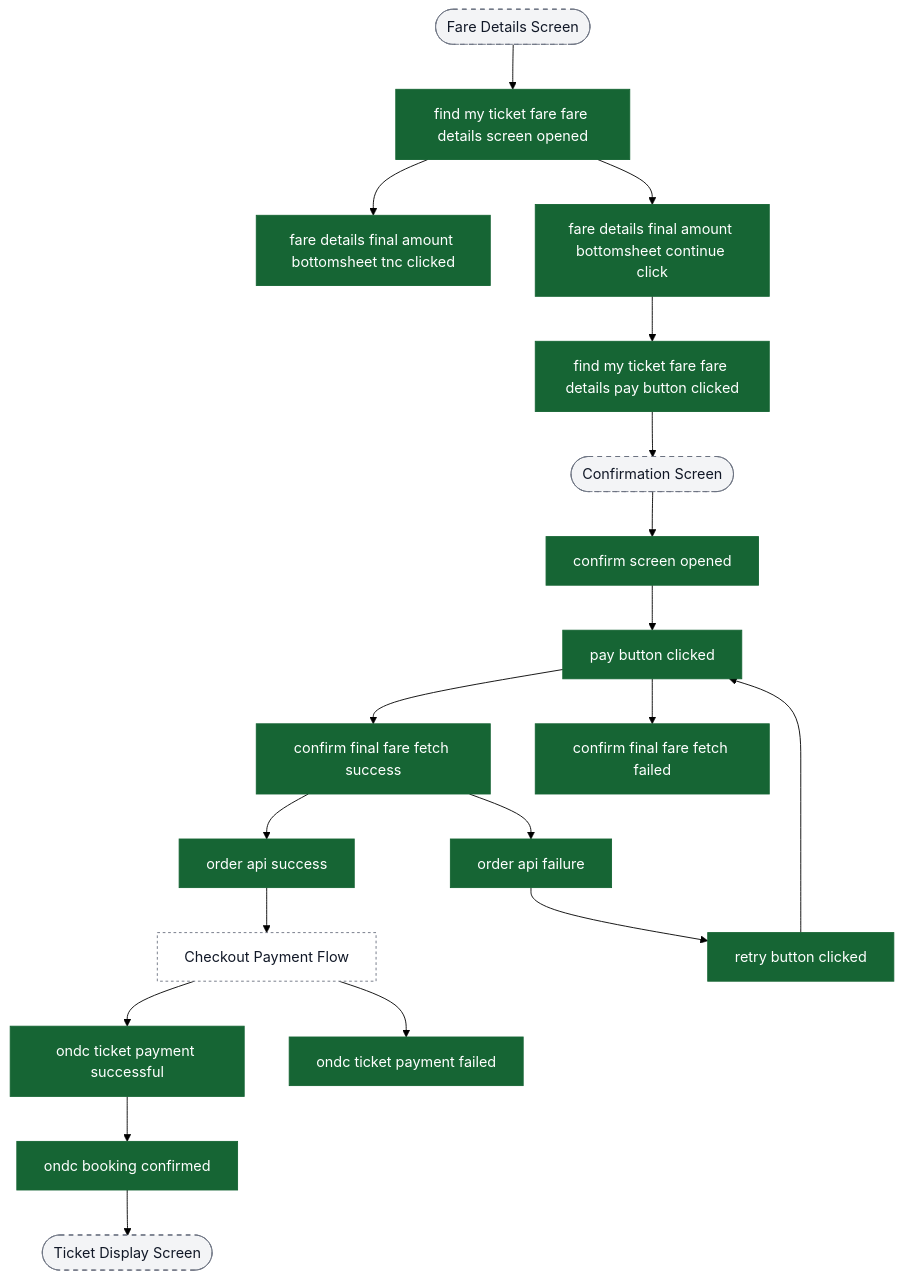
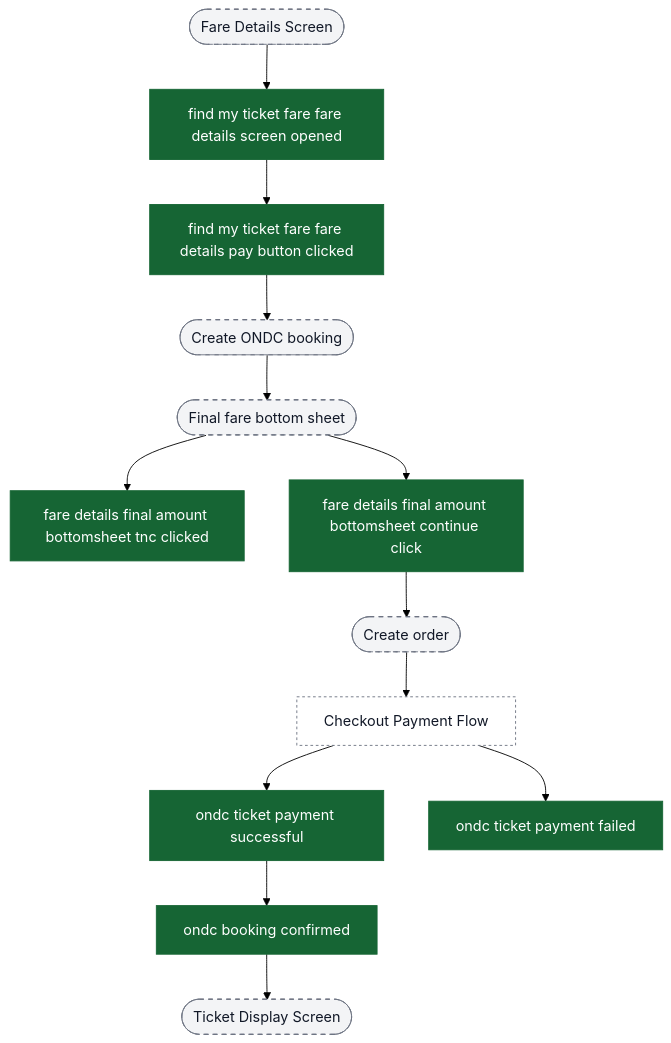
The third of 9 diagrams in content/analytics/ondc-bus/flow-diagrams.md (ratulsarna/chalo-app-dashboard), drawn with Mermaid (forest theme) before and after one commit. The commit also changed other lines of this file and 1 other file, not shown here.

Commit message:
feat(analytics): update ONDC bus event descriptions and flow diagrams for improved clarity and accuracy

````diff
--- a/content/analytics/ondc-bus/flow-diagrams.md
+++ b/content/analytics/ondc-bus/flow-diagrams.md
@@ -49,35 +56,26 @@
 ```mermaid
 flowchart TD
+  %%chalo:diagram-link ev_bookingConfirmed -> title:Funnel: Ticket Display → QR Validation
   ui_fareDetails([Fare Details Screen]) --> ev_fareScreenOpen["find my ticket fare fare details screen opened"]
-  ev_fareScreenOpen --> ev_tncClicked["fare details final amount bottomsheet tnc clicked"]
-  ev_fareScreenOpen --> ev_continueClicked["fare details final amount bottomsheet continue click"]
-  ev_continueClicked --> ev_payBtnClicked["find my ticket fare fare details pay button clicked"]
+  ev_fareScreenOpen --> ev_payBtnClicked["find my ticket fare fare details pay button clicked"]
+  ev_payBtnClicked --> ui_createBooking([Create ONDC booking])
+  ui_createBooking --> ui_finalFare([Final fare bottom sheet])
+  ui_finalFare --> ev_tncClicked["fare details final amount bottomsheet tnc clicked"]
+  ui_finalFare --> ev_continueClicked["fare details final amount bottomsheet continue click"]
+  ev_continueClicked --> ui_createOrder([Create order])
 
-  ev_payBtnClicked --> ui_confirm([Confirmation Screen])
-  ui_confirm --> ev_confirmScreenOpen["confirm screen opened"]
-  ev_confirmScreenOpen --> ev_confirmPayBtn["pay button clicked"]
-
-  ev_confirmPayBtn --> ev_fareFetchSuccess["confirm final fare fetch success"]
-  ev_confirmPayBtn --> ev_fareFetchFailed["confirm final fare fetch failed"]
-
-  ev_fareFetchSuccess --> ev_orderSuccess["order api success"]
-  ev_fareFetchSuccess --> ev_orderFailure["order api failure"]
-
-  ev_orderFailure --> ev_retry["retry button clicked"]
-  ev_retry --> ev_confirmPayBtn
-
-  ev_orderSuccess --> external_checkout[Checkout Payment Flow]
+  ui_createOrder --> external_checkout[Checkout Payment Flow]
   external_checkout --> ev_paymentSuccess["ondc ticket payment successful"]
   external_checkout --> ev_paymentFailed["ondc ticket payment failed"]
 
   ev_paymentSuccess --> ev_bookingConfirmed["ondc booking confirmed"]
   ev_bookingConfirmed --> ui_ticketDisplay([Ticket Display Screen])
 
   classDef event fill:#166534,stroke:#166534,color:#ffffff;
   classDef ui fill:#f3f4f6,stroke:#6b7280,stroke-dasharray: 5 5,color:#111827;
   classDef external fill:#ffffff,stroke:#6b7280,stroke-dasharray: 3 3,color:#111827;
 
-  class ev_fareScreenOpen,ev_tncClicked,ev_continueClicked,ev_payBtnClicked,ev_confirmScreenOpen,ev_confirmPayBtn,ev_fareFetchSuccess,ev_fareFetchFailed,ev_orderSuccess,ev_orderFailure,ev_retry,ev_paymentSuccess,ev_paymentFailed,ev_bookingConfirmed event;
-  class ui_fareDetails,ui_confirm,ui_ticketDisplay ui;
+  class ev_fareScreenOpen,ev_tncClicked,ev_continueClicked,ev_payBtnClicked,ev_paymentSuccess,ev_paymentFailed,ev_bookingConfirmed event;
+  class ui_fareDetails,ui_createBooking,ui_finalFare,ui_createOrder,ui_ticketDisplay ui;
   class external_checkout external;
 ```
````
